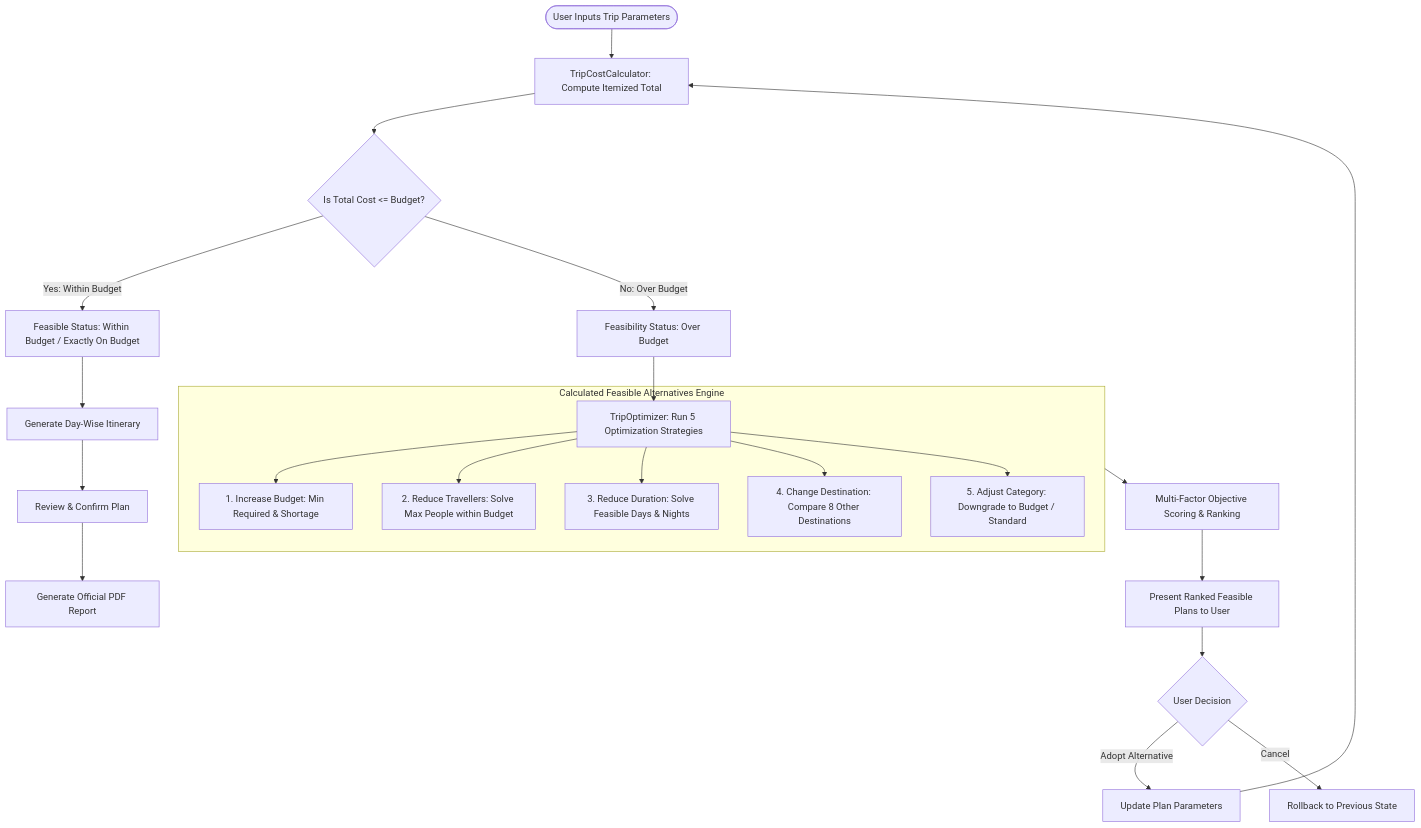
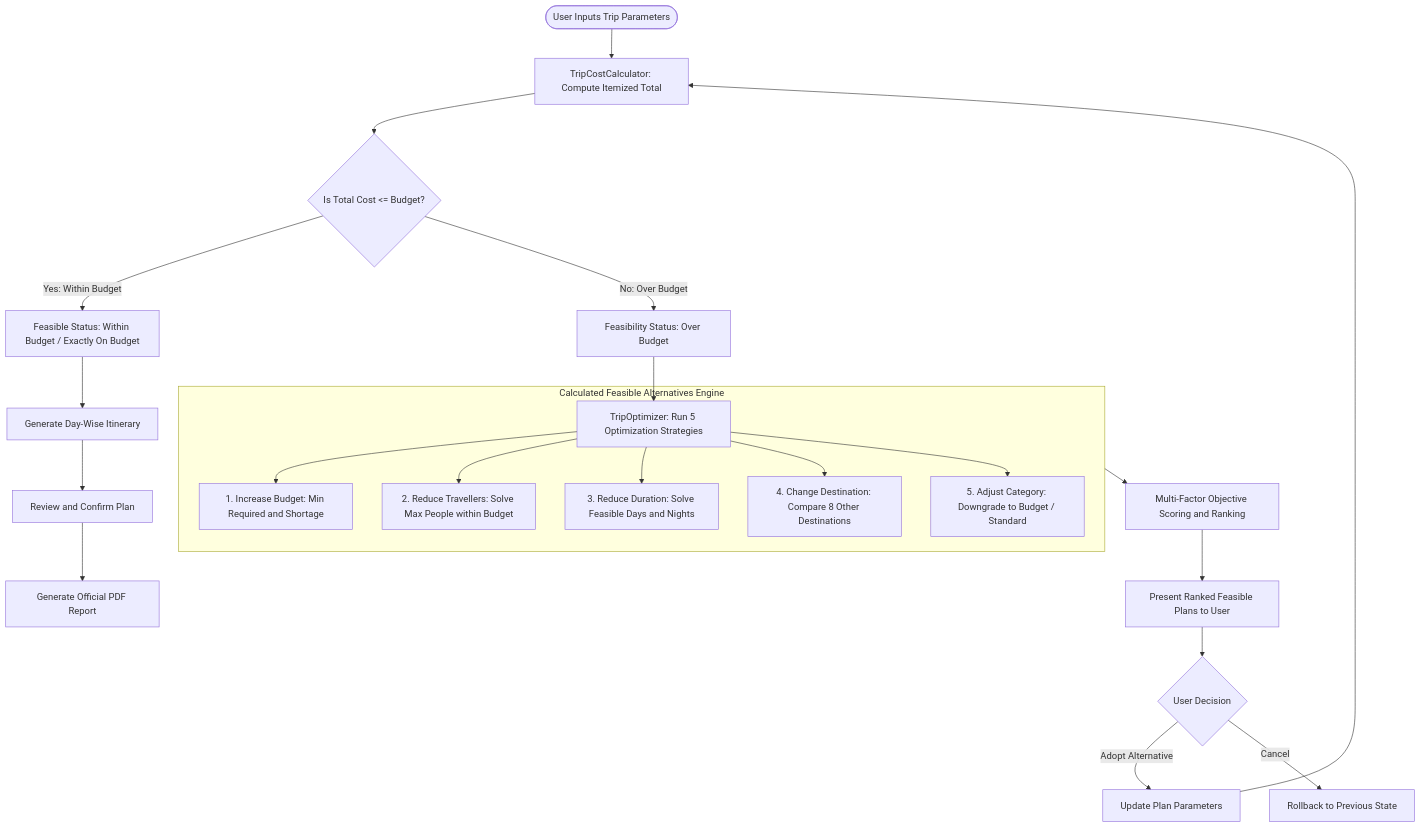
One commit to muhammadaliajaz/python-smart-life-planner changed the third of 3 diagrams in README.md. Above: the diagram before and after it, drawn with Mermaid. The commit also changed other lines of this file and 1 other file, not shown here.

Commit message:
Fix SVG banner rendering compatibility and Mermaid diagram syntax for GitHub

````diff
--- a/README.md
+++ b/README.md
@@ -215,28 +217,28 @@
 ```mermaid
 flowchart TD
-    Start([User Inputs Trip Parameters]) --> Calc[TripCostCalculator: Compute Itemized Total]
-    Calc --> Check{Is Total Cost <= Budget?}
+    Start(["User Inputs Trip Parameters"]) --> Calc["TripCostCalculator: Compute Itemized Total"]
+    Calc --> Check{"Is Total Cost <= Budget?"}
     
-    Check -->|Yes: Within Budget| Feasible[Feasible Status: Within Budget / Exactly On Budget]
-    Feasible --> Itinerary[Generate Day-Wise Itinerary]
-    Itinerary --> Review[Review & Confirm Plan]
-    Review --> PDF[Generate Official PDF Report]
+    Check -->|Yes: Within Budget| Feasible["Feasible Status: Within Budget / Exactly On Budget"]
+    Feasible --> Itinerary["Generate Day-Wise Itinerary"]
+    Itinerary --> Review["Review and Confirm Plan"]
+    Review --> PDF["Generate Official PDF Report"]
 
-    Check -->|No: Over Budget| OverBudget[Feasibility Status: Over Budget]
-    OverBudget --> OptEngine[TripOptimizer: Run 5 Optimization Strategies]
+    Check -->|No: Over Budget| OverBudget["Feasibility Status: Over Budget"]
+    OverBudget --> OptEngine["TripOptimizer: Run 5 Optimization Strategies"]
 
-    subgraph Strategies ["Calculated Feasible Alternatives Engine"]
-        OptEngine --> S1["1. Increase Budget: Min Required & Shortage"]
+    subgraph Strategies["Calculated Feasible Alternatives Engine"]
+        OptEngine --> S1["1. Increase Budget: Min Required and Shortage"]
         OptEngine --> S2["2. Reduce Travellers: Solve Max People within Budget"]
-        OptEngine --> S3["3. Reduce Duration: Solve Feasible Days & Nights"]
+        OptEngine --> S3["3. Reduce Duration: Solve Feasible Days and Nights"]
         OptEngine --> S4["4. Change Destination: Compare 8 Other Destinations"]
         OptEngine --> S5["5. Adjust Category: Downgrade to Budget / Standard"]
     end
 
-    Strategies --> Rank[Multi-Factor Objective Scoring & Ranking]
-    Rank --> Present[Present Ranked Feasible Plans to User]
-    Present --> Choice{User Decision}
-    Choice -->|Adopt Alternative| Modify[Update Plan Parameters]
+    Strategies --> Rank["Multi-Factor Objective Scoring and Ranking"]
+    Rank --> Present["Present Ranked Feasible Plans to User"]
+    Present --> Choice{"User Decision"}
+    Choice -->|Adopt Alternative| Modify["Update Plan Parameters"]
     Modify --> Calc
-    Choice -->|Cancel| Revert[Rollback to Previous State]
+    Choice -->|Cancel| Revert["Rollback to Previous State"]
 ```
````
